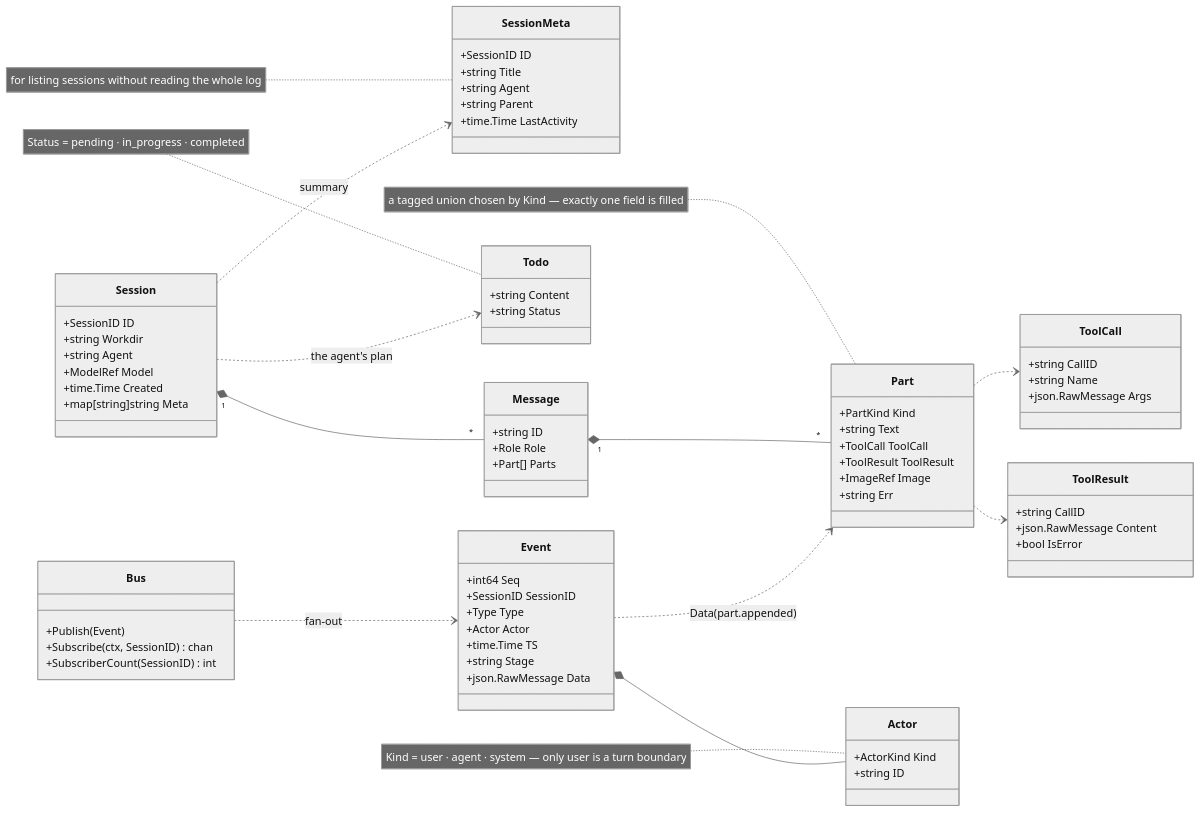
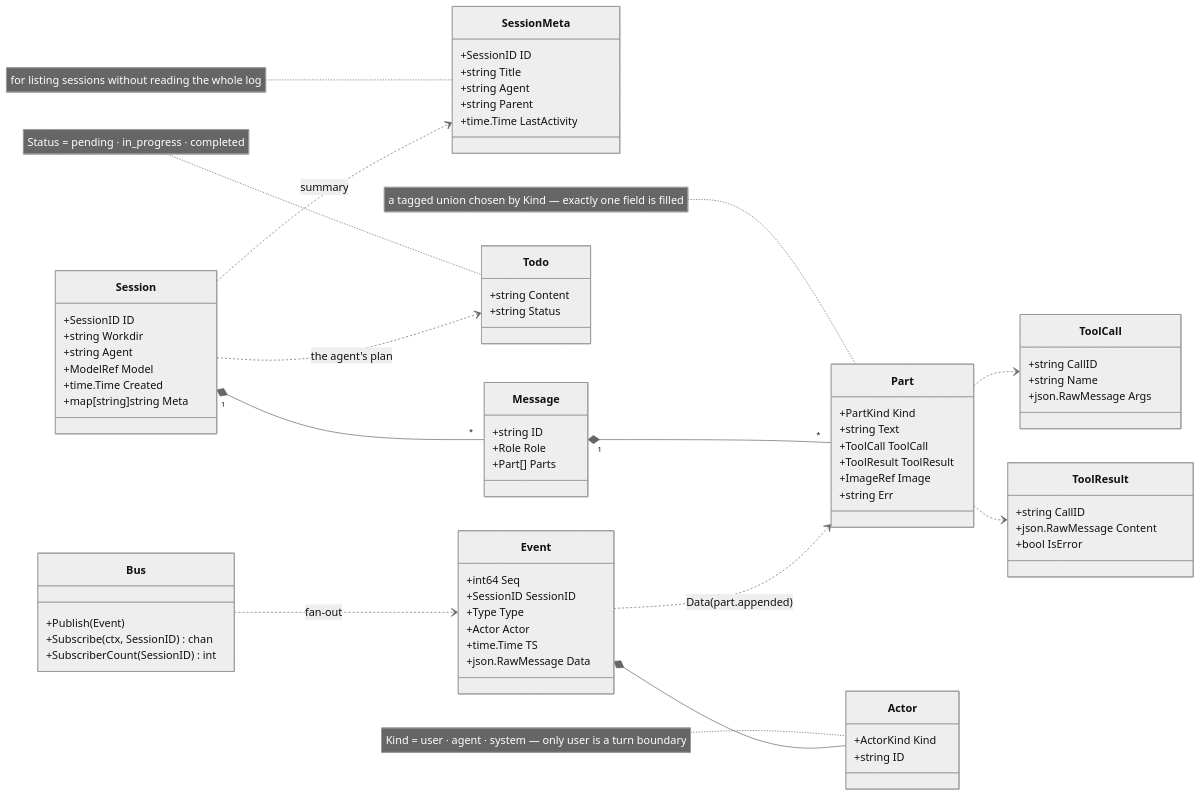
One commit to sayaya1090/magi changed the sixth of 18 diagrams in docs/DIAGRAMS.md. Above: the diagram before and after it, drawn with Mermaid. The commit also changed other lines of this file and 8 other files, not shown here.

````diff
--- a/docs/DIAGRAMS.md
+++ b/docs/DIAGRAMS.md
@@ -260,82 +260,81 @@
 ```mermaid
 %%{init: {'theme':'neutral'}}%%
 classDiagram
   direction LR
 
   class Session {
     +SessionID ID
     +string Workdir
     +string Agent
     +ModelRef Model
     +time.Time Created
     +map[string]string Meta
   }
   class SessionMeta {
     +SessionID ID
     +string Title
     +string Agent
     +string Parent
     +time.Time LastActivity
   }
   note for SessionMeta "for listing sessions without reading the whole log"
   class Message {
     +string ID
     +Role Role
     +Part[] Parts
   }
   class Part {
     +PartKind Kind
     +string Text
     +ToolCall ToolCall
     +ToolResult ToolResult
     +ImageRef Image
     +string Err
   }
   note for Part "a tagged union chosen by Kind — exactly one field is filled"
   class ToolCall {
     +string CallID
     +string Name
     +json.RawMessage Args
   }
   class ToolResult {
     +string CallID
     +json.RawMessage Content
     +bool IsError
   }
   class Todo {
     +string Content
     +string Status
   }
   note for Todo "Status = pending · in_progress · completed"
 
   Session "1" *-- "*" Message
   Message "1" *-- "*" Part
   Part ..> ToolCall
   Part ..> ToolResult
   Session ..> SessionMeta : summary
   Session ..> Todo : the agent's plan
 
   class Event {
     +int64 Seq
     +SessionID SessionID
     +Type Type
     +Actor Actor
     +time.Time TS
-    +string Stage
     +json.RawMessage Data
   }
   class Actor {
     +ActorKind Kind
     +string ID
   }
   note for Actor "Kind = user · agent · system — only user is a turn boundary"
   class Bus {
     +Publish(Event)
     +Subscribe(ctx, SessionID) chan
     +SubscriberCount(SessionID) int
   }
 
   Event *-- Actor
   Bus ..> Event : fan-out
   Event ..> Part : Data(part.appended)
 ```
````
